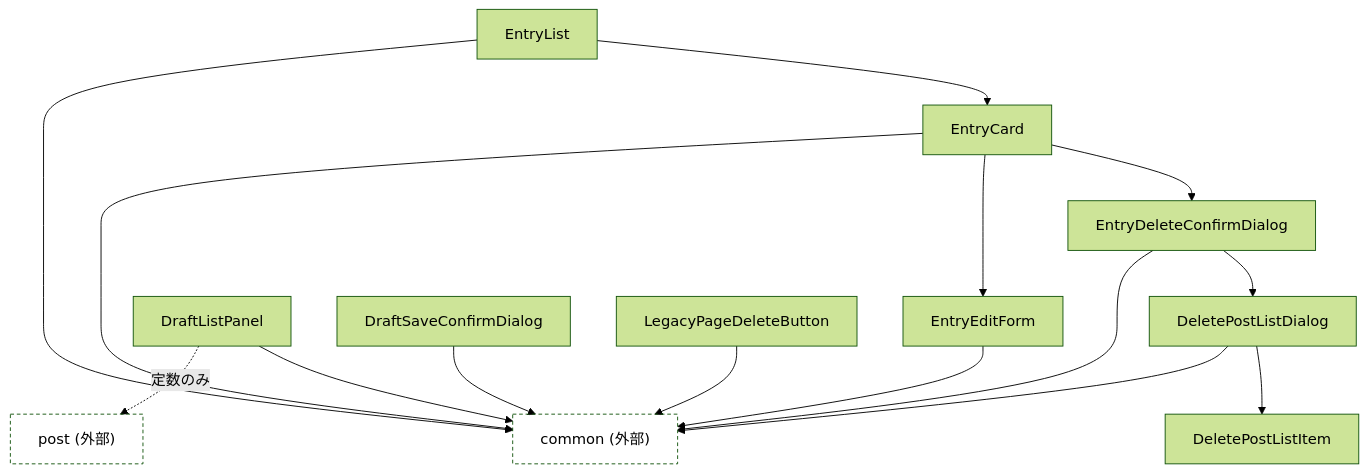
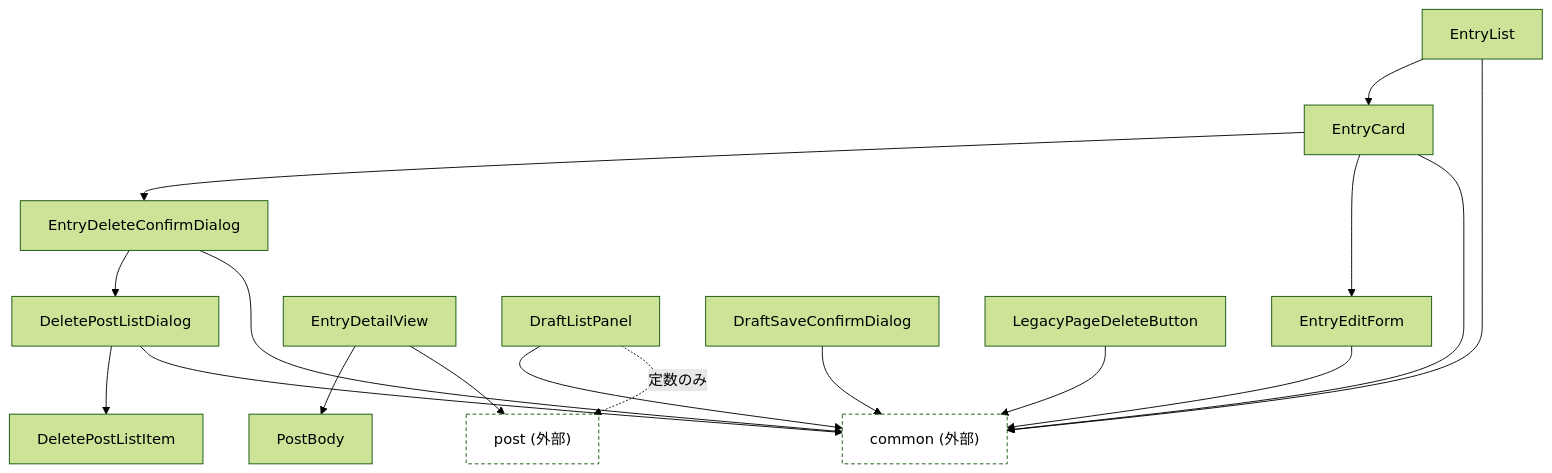
One commit to nekono-dev/skyshare changed the diagram in src/components/entry/README.md. Above: the diagram before and after it, drawn with Mermaid (forest theme). The commit also changed other lines of this file and 103 other files, not shown here.

````diff
--- a/src/components/entry/README.md
+++ b/src/components/entry/README.md
@@ -5,24 +5,26 @@
 ```mermaid
 graph TD
   EntryList --> EntryCard
   EntryCard --> EntryDeleteConfirmDialog
   EntryDeleteConfirmDialog --> DeletePostListDialog
   DeletePostListDialog --> DeletePostListItem
   EntryCard --> EntryEditForm
+  EntryDetailView --> PostBody
 
   EntryList --> commonExt
   EntryCard --> commonExt
   EntryEditForm --> commonExt
   EntryDeleteConfirmDialog --> commonExt
   DeletePostListDialog --> commonExt
   DraftListPanel --> commonExt
   DraftSaveConfirmDialog --> commonExt
   LegacyPageDeleteButton --> commonExt
   DraftListPanel -. 定数のみ .-> postExt
+  EntryDetailView --> postExt
 
   commonExt["common (外部)"]
   postExt["post (外部)"]
 
   classDef external stroke-dasharray: 4 3,fill:transparent;
   class commonExt,postExt external;
 ```
````
